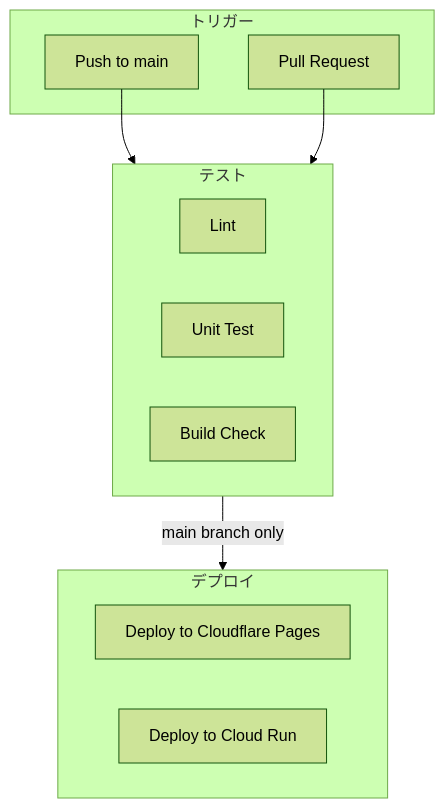
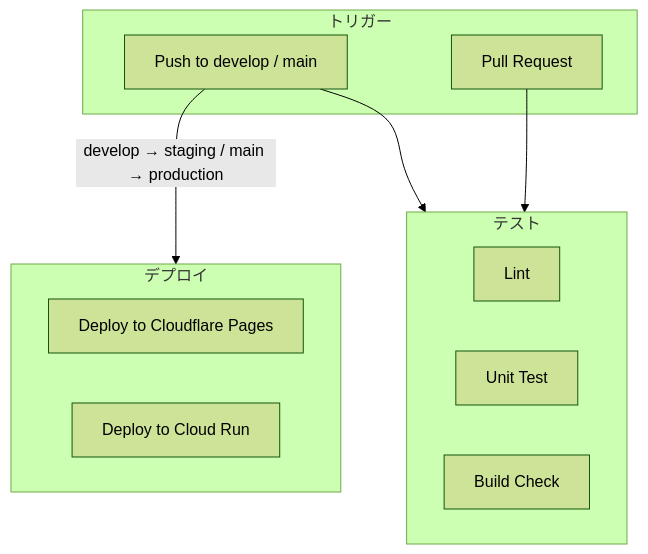
One commit to cergijame101007/satehits changed the fourth of 4 diagrams in docs/infrastructure.md. Above: the diagram before and after it, drawn with Mermaid (forest theme). The commit also changed other lines of this file and 6 other files, not shown here.

First line of the commit message:
ci: Cloud Run への継続デプロイ（staging / production）を追加 (#37)

````diff
--- a/docs/infrastructure.md
+++ b/docs/infrastructure.md
@@ -251,22 +251,22 @@
 ```mermaid
 flowchart TB
     subgraph Trigger[トリガー]
-        Push[Push to main]
+        Push[Push to develop / main]
         PR[Pull Request]
     end
 
     subgraph Test[テスト]
         Lint[Lint]
         UnitTest[Unit Test]
         BuildCheck[Build Check]
     end
 
     subgraph Deploy[デプロイ]
         DeployFrontend[Deploy to Cloudflare Pages]
         DeployBackend[Deploy to Cloud Run]
     end
 
     Push --> Test
     PR --> Test
-    Test -->|main branch only| Deploy
+    Push -->|develop → staging / main → production| Deploy
 ```
````
